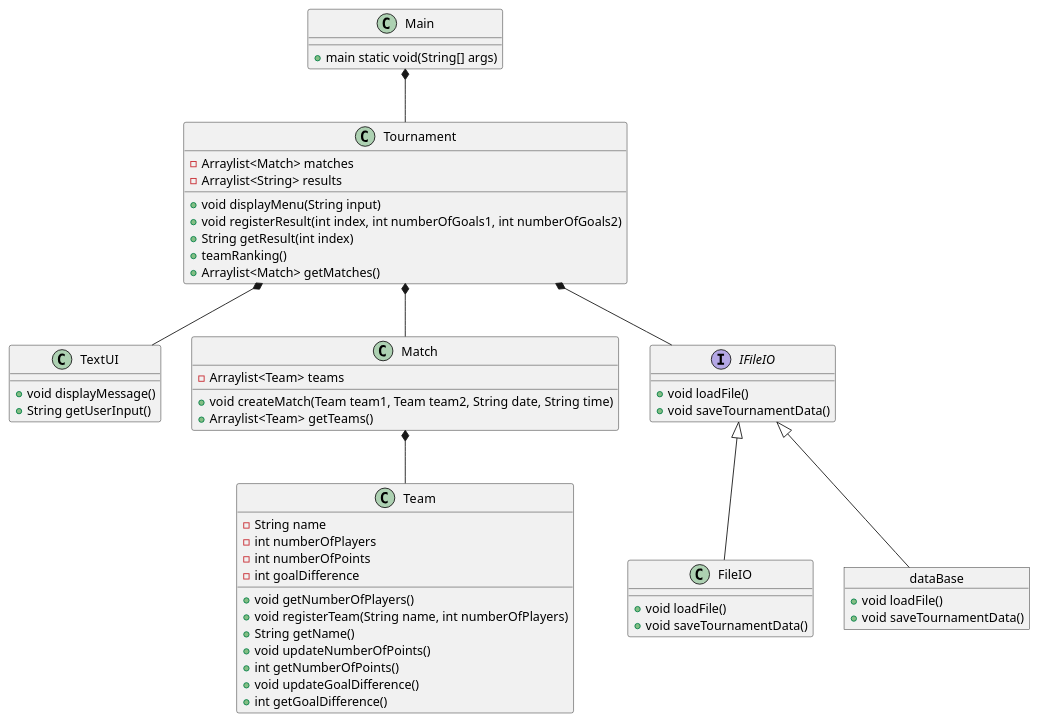
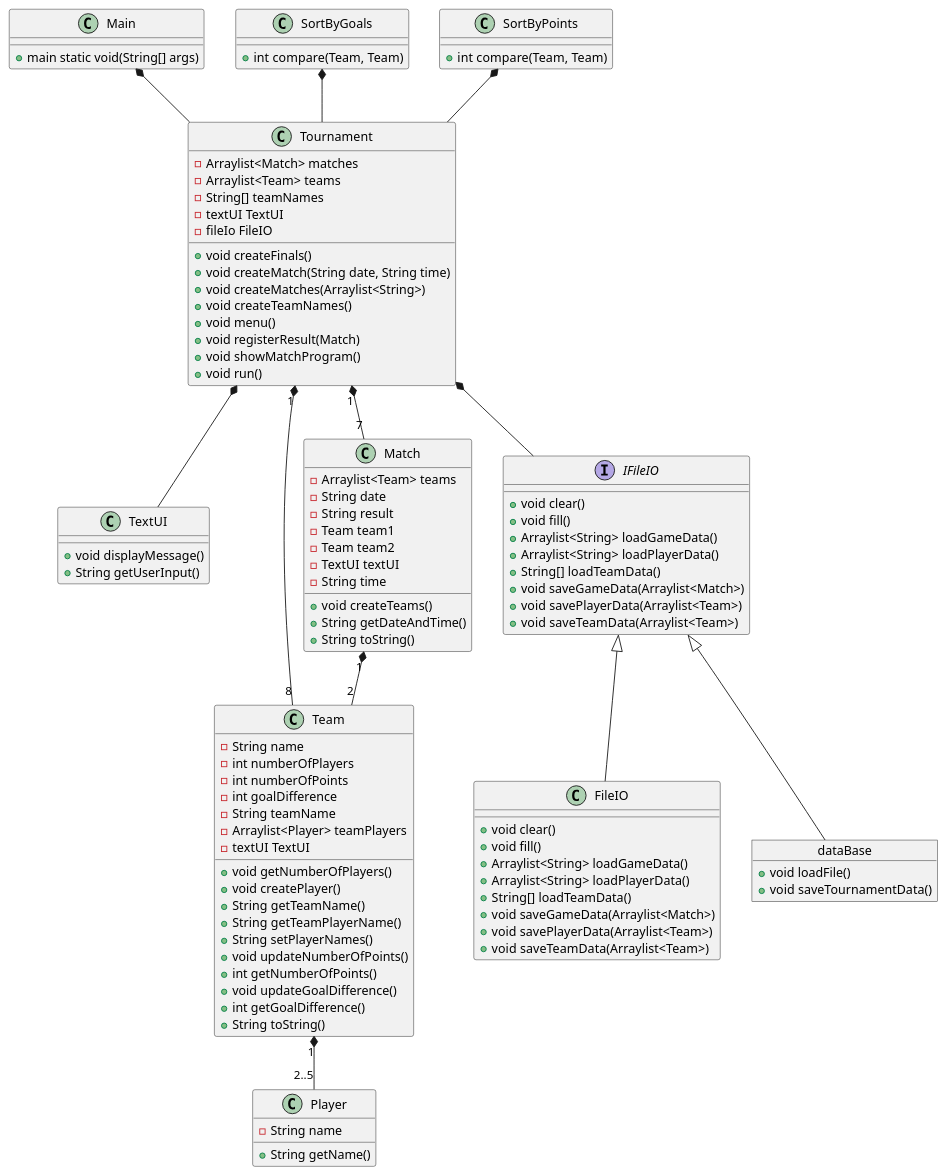
Before and after one commit to LucasHemm/BordFodbold: the diagram in src/KlasseDiagram.puml, drawn with PlantUML.

```diff
--- a/src/KlasseDiagram.puml
+++ b/src/KlasseDiagram.puml
@@ -1,64 +1,113 @@
 @startuml
 class Main
 class TextUI
 class FileIO
 class Team
 class Match
 class Tournament
+class Player
+class SortByGoals
+class SortByPoints
 interface IFileIO
 object dataBase
 
 Main : +main static void(String[] args)
 
 
-IFileIO : + void loadFile()
-IFileIO : + void saveTournamentData()
+IFileIO : + void clear()
+IFileIO : + void fill()
+IFileIO : + Arraylist<String> loadGameData()
+IFileIO : + Arraylist<String> loadPlayerData()
+IFileIO : + String[] loadTeamData()
+IFileIO : + void saveGameData(Arraylist<Match>)
+IFileIO : + void savePlayerData(Arraylist<Team>)
+IFileIO : + void saveTeamData(Arraylist<Team>)
 
-FileIO : + void loadFile()
-FileIO : + void saveTournamentData()
+FileIO : + void clear()
+FileIO : + void fill()
+FileIO : + Arraylist<String> loadGameData()
+FileIO : + Arraylist<String> loadPlayerData()
+FileIO : + String[] loadTeamData()
+FileIO : + void saveGameData(Arraylist<Match>)
+FileIO : + void savePlayerData(Arraylist<Team>)
+FileIO : + void saveTeamData(Arraylist<Team>)
+
 
 dataBase : + void loadFile()
 dataBase : + void saveTournamentData()
 
 TextUI : + void displayMessage()
 TextUI : + String getUserInput()
 
 
 Team : -String name
 Team : -int numberOfPlayers
 Team : -int numberOfPoints
 Team : -int goalDifference
+Team : -String teamName
+Team : -Arraylist<Player> teamPlayers
+Team : -textUI TextUI
 Team : +void getNumberOfPlayers()
-Team : +void registerTeam(String name, int numberOfPlayers)
-Team : +String getName()
+Team : +void createPlayer()
+Team : +String getTeamName()
+Team : +String getTeamPlayerName()
+Team : +String setPlayerNames()
 Team : +void updateNumberOfPoints()
 Team : +int getNumberOfPoints()
 Team : +void updateGoalDifference()
 Team : +int getGoalDifference()
+Team : +String toString()
 
 
 Match : -Arraylist<Team> teams
-Match : +void createMatch(Team team1, Team team2, String date, String time)
-Match : +Arraylist<Team> getTeams()
+Match : -String date
+Match : -String result
+Match : -Team team1
+Match : -Team team2
+Match : -TextUI textUI
+Match : -String time
+Match : +void createTeams()
+Match : +String getDateAndTime()
+Match : +String toString()
+
 
 Tournament : -Arraylist<Match> matches
-Tournament : -Arraylist<String> results
-Tournament : +void displayMenu(String input)
-Tournament : + void registerResult(int index, int numberOfGoals1, int numberOfGoals2)
-Tournament : +String getResult(int index)
-Tournament : +teamRanking()
-Tournament : +Arraylist<Match> getMatches()
+Tournament : -Arraylist<Team> teams
+Tournament : -String[] teamNames
+Tournament : -textUI TextUI
+Tournament : -fileIo FileIO
+Tournament : +void createFinals()
+Tournament : +void createMatch(String date, String time)
+Tournament : +void createMatches(Arraylist<String>)
+Tournament : +void createTeamNames()
+Tournament : +void menu()
+Tournament : +void registerResult(Match)
+Tournament : +void showMatchProgram()
+Tournament : +void run()
 
-Main *--Tournament
+
+Player : -String name
+Player : +String getName()
+
+SortByGoals : +int compare(Team, Team)
+
+SortByPoints : +int compare(Team, Team)
+
+Main *-- Tournament
 
 IFileIO <|-- FileIO
 IFileIO <|-- dataBase
 
 Tournament *-- IFileIO
 Tournament *--TextUI
-Tournament *--Match
+Tournament "1" *-- "7" Match
+Tournament "1" *-- "8" Team
 
-Match *-- Team
+Match "1" *-- "2" Team
 
+Team "1" *-- "2..5" Player
 
+SortByGoals *-- Tournament
+
+SortByPoints *-- Tournament
 @enduml
```
